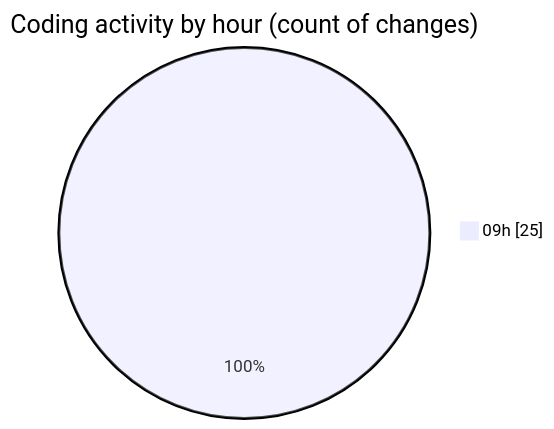
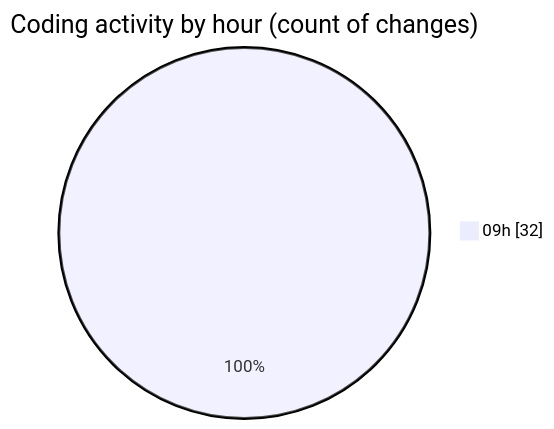
One commit to momahboobian/code-tracking changed the second of 2 diagrams in 2025-09-19/cda/README.md. Above: the diagram before and after it, drawn with Mermaid. The commit also changed other lines of this file and 1 other file, not shown here.

````diff
--- a/2025-09-19/cda/README.md
+++ b/2025-09-19/cda/README.md
@@ -30,5 +30,5 @@
 ```mermaid
 pie showData
 title Coding activity by hour (count of changes)
-"09h" : 25
+"09h" : 32
 ```
````
